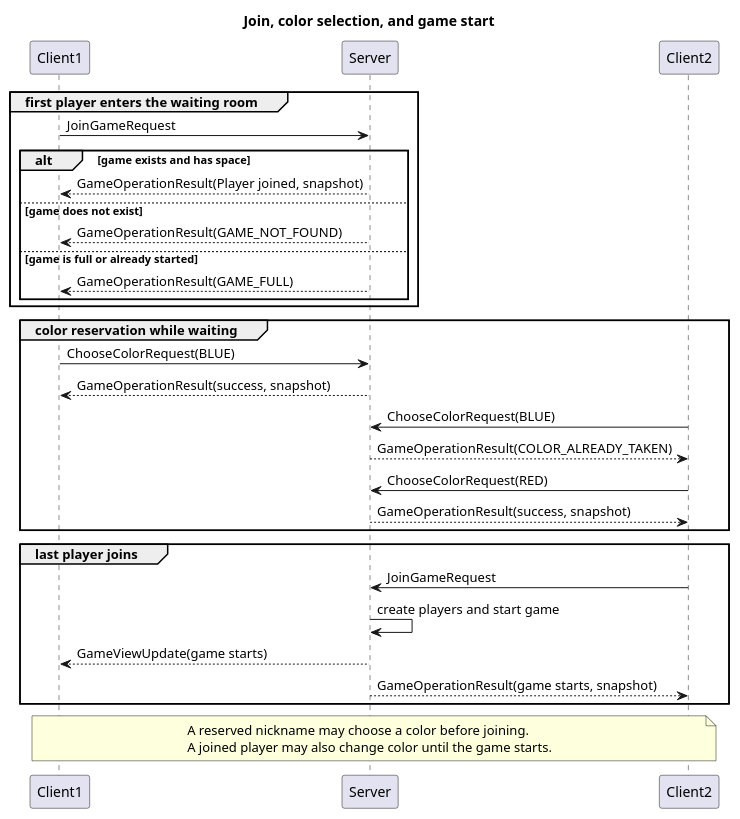
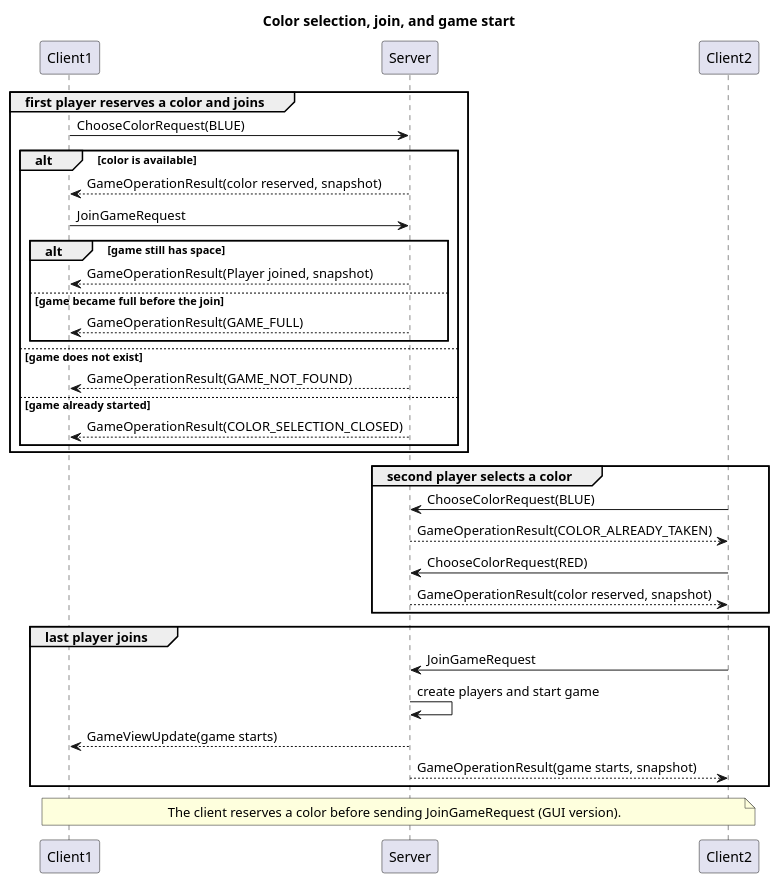
The diagram in UML_Diagram/SequenceDiagrams/03-join-color-and-start.puml (matteoroda05/Mesos), drawn with PlantUML before and after one commit. The commit also changed 3 other files, not shown here.

Commit message:
Sequence diagrams updated

```diff
--- a/UML_Diagram/SequenceDiagrams/03-join-color-and-start.puml
+++ b/UML_Diagram/SequenceDiagrams/03-join-color-and-start.puml
@@ -1,44 +1,47 @@
 @startuml
 
-title Join, color selection, and game start
+title Color selection, join, and game start
 
 participant Client1
 participant Server
 participant Client2
 
-group first player enters the waiting room
+group first player reserves a color and joins
+Client1->Server: ChooseColorRequest(BLUE)
+
+alt color is available
+Server-->Client1: GameOperationResult(color reserved, snapshot)
+
 Client1->Server: JoinGameRequest
-
-alt game exists and has space
+alt game still has space
 Server-->Client1: GameOperationResult(Player joined, snapshot)
+else game became full before the join
+Server-->Client1: GameOperationResult(GAME_FULL)
+end
 else game does not exist
 Server-->Client1: GameOperationResult(GAME_NOT_FOUND)
-else game is full or already started
-Server-->Client1: GameOperationResult(GAME_FULL)
+else game already started
+Server-->Client1: GameOperationResult(COLOR_SELECTION_CLOSED)
 end
 end
 
-group color reservation while waiting
-Client1->Server: ChooseColorRequest(BLUE)
-Server-->Client1: GameOperationResult(success, snapshot)
-
+group second player selects a color
 Client2->Server: ChooseColorRequest(BLUE)
 Server-->Client2: GameOperationResult(COLOR_ALREADY_TAKEN)
 
 Client2->Server: ChooseColorRequest(RED)
-Server-->Client2: GameOperationResult(success, snapshot)
+Server-->Client2: GameOperationResult(color reserved, snapshot)
 end
 
 group last player joins
 Client2->Server: JoinGameRequest
 Server->Server: create players and start game
 Server-->Client1: GameViewUpdate(game starts)
 Server-->Client2: GameOperationResult(game starts, snapshot)
 end
 
 note over Client1, Client2
-A reserved nickname may choose a color before joining.
-A joined player may also change color until the game starts.
+The client reserves a color before sending JoinGameRequest (GUI version).
 end note
 
 @enduml
```
